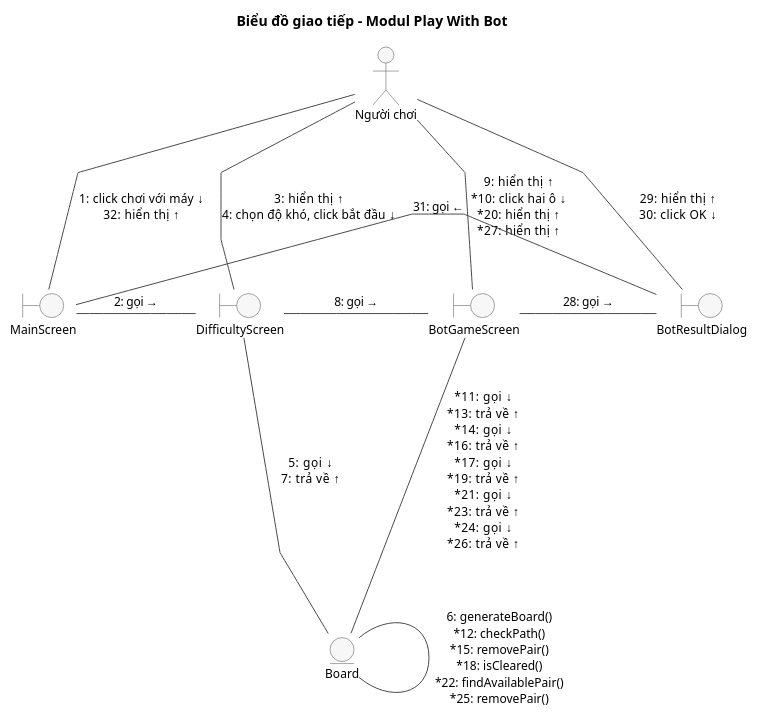
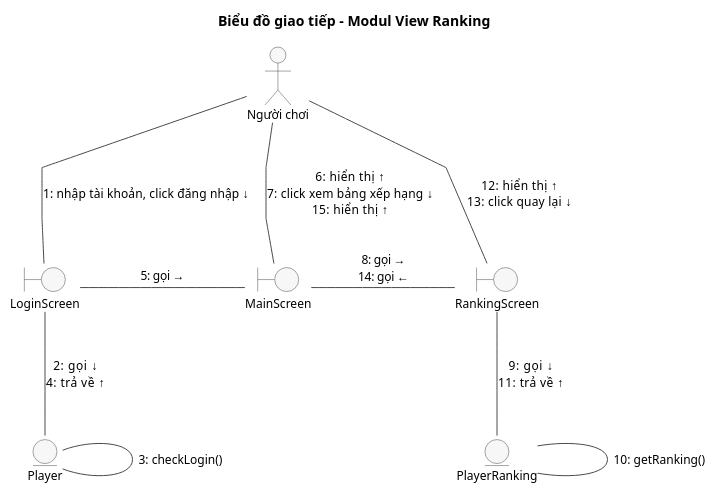
Before and after one commit to VattenL/mobile-pikachu: the diagram in docs/uml/pha2/comm-m2.puml, drawn with PlantUML. The commit also changed 75 other files, not shown here.

```diff
--- a/docs/uml/pha2/comm-m2.puml
+++ b/docs/uml/pha2/comm-m2.puml
@@ -1,43 +1,41 @@
 @startuml comm-m2
-title Biểu đồ giao tiếp - Modul Play With Bot
+title Biểu đồ giao tiếp - Modul View Ranking
 
 skinparam shadowing false
 skinparam linetype polyline
 skinparam nodesep 70
-skinparam ranksep 100
+skinparam ranksep 90
 skinparam defaultFontSize 12
 skinparam ArrowColor #4A4A4A
 skinparam actor {
   BackgroundColor #F7F7F7
   BorderColor #4A4A4A
 }
 skinparam boundary {
   BackgroundColor #F7F7F7
   BorderColor #4A4A4A
 }
 skinparam entity {
   BackgroundColor #F7F7F7
   BorderColor #4A4A4A
 }
 
 actor "Người chơi" as Actor
 
+boundary LoginScreen
 boundary MainScreen
-boundary DifficultyScreen
-boundary BotGameScreen
-boundary BotResultDialog
+boundary RankingScreen
 
-entity Board
+entity Player
+entity PlayerRanking
 
-Actor -down- MainScreen : "1: click chơi với máy ↓\n32: hiển thị ↑"
-Actor -down- DifficultyScreen : "3: hiển thị ↑\n4: chọn độ khó, click bắt đầu ↓"
-Actor -down- BotGameScreen : "9: hiển thị ↑\n<U+002A>10: click hai ô ↓\n<U+002A>20: hiển thị ↑\n<U+002A>27: hiển thị ↑"
-Actor -down- BotResultDialog : "29: hiển thị ↑\n30: click OK ↓"
-MainScreen -right- DifficultyScreen : "2: gọi →"
-DifficultyScreen -right- BotGameScreen : "8: gọi →"
-BotGameScreen -right- BotResultDialog : "28: gọi →"
-BotResultDialog -[norank]- MainScreen : "31: gọi ←"
-DifficultyScreen -down- Board : "5: gọi ↓\n7: trả về ↑"
-BotGameScreen -down- Board : "<U+002A>11: gọi ↓\n<U+002A>13: trả về ↑\n<U+002A>14: gọi ↓\n<U+002A>16: trả về ↑\n<U+002A>17: gọi ↓\n<U+002A>19: trả về ↑\n<U+002A>21: gọi ↓\n<U+002A>23: trả về ↑\n<U+002A>24: gọi ↓\n<U+002A>26: trả về ↑"
-Board -right- Board : "6: generateBoard()\n<U+002A>12: checkPath()\n<U+002A>15: removePair()\n<U+002A>18: isCleared()\n<U+002A>22: findAvailablePair()\n<U+002A>25: removePair()"
+Actor -down- LoginScreen : "1: nhập tài khoản, click đăng nhập ↓"
+Actor -down- MainScreen : "6: hiển thị ↑\n7: click xem bảng xếp hạng ↓\n15: hiển thị ↑"
+Actor -down- RankingScreen : "12: hiển thị ↑\n13: click quay lại ↓"
+LoginScreen -right- MainScreen : "5: gọi →"
+MainScreen -right- RankingScreen : "8: gọi →\n14: gọi ←"
+LoginScreen -down- Player : "2: gọi ↓\n4: trả về ↑"
+Player -right- Player : "3: checkLogin()"
+RankingScreen -down- PlayerRanking : "9: gọi ↓\n11: trả về ↑"
+PlayerRanking -right- PlayerRanking : "10: getRanking()"
 @enduml
```
